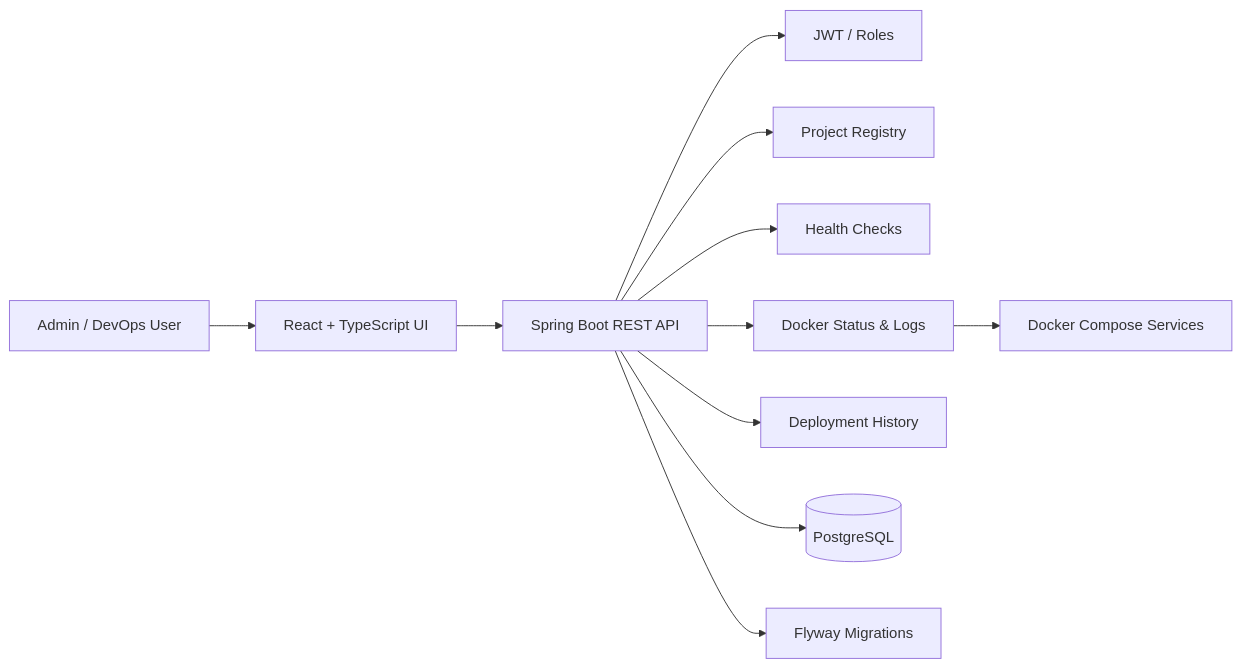
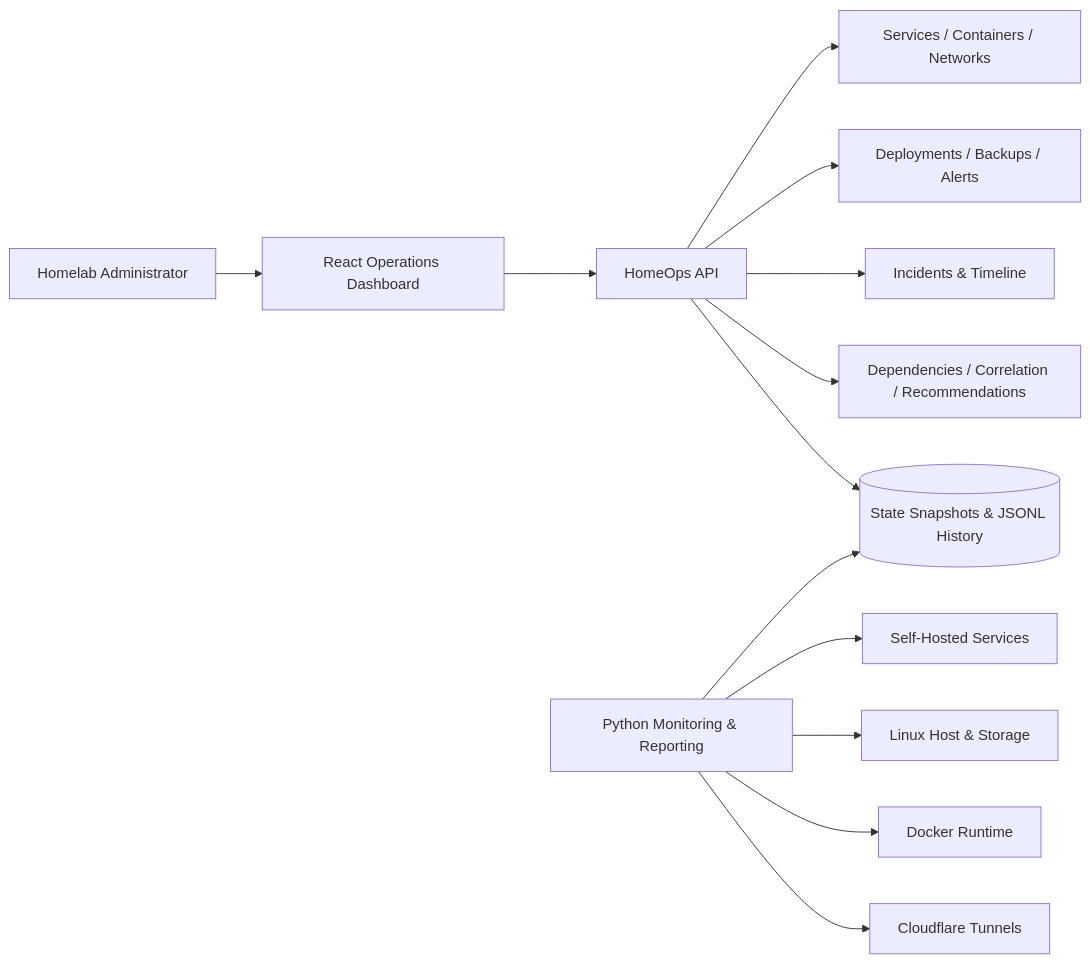
Before and after one commit to spandreou/spandreou: the second of 3 diagrams in README.md, drawn with Mermaid. The commit also changed other lines of this file, not shown here.

Commit message:
Update profile with HomeOps, ShiftFlow and AI automation focus

````diff
--- a/README.md
+++ b/README.md
@@ -136,13 +152,17 @@
 ```mermaid
 flowchart LR
-  Admin[Admin / DevOps User] --> UI[React + TypeScript UI]
-  UI --> API[Spring Boot REST API]
-  API --> Auth[JWT / Roles]
-  API --> Projects[Project Registry]
-  API --> Health[Health Checks]
-  API --> Docker[Docker Status & Logs]
-  API --> Deployments[Deployment History]
-  API --> DB[(PostgreSQL)]
-  API --> Flyway[Flyway Migrations]
-  Docker --> Compose[Docker Compose Services]
+  Admin[Homelab Administrator] --> UI[React Operations Dashboard]
+  UI --> API[HomeOps API]
+
+  Monitor[Python Monitoring & Reporting] --> Services[Self-Hosted Services]
+  Monitor --> Host[Linux Host & Storage]
+  Monitor --> Docker[Docker Runtime]
+  Monitor --> Tunnels[Cloudflare Tunnels]
+  Monitor --> State[(State Snapshots & JSONL History)]
+
+  API --> State
+  API --> Status[Services / Containers / Networks]
+  API --> Operations[Deployments / Backups / Alerts]
+  API --> Incidents[Incidents & Timeline]
+  API --> Intelligence[Dependencies / Correlation / Recommendations]
 ```
````
